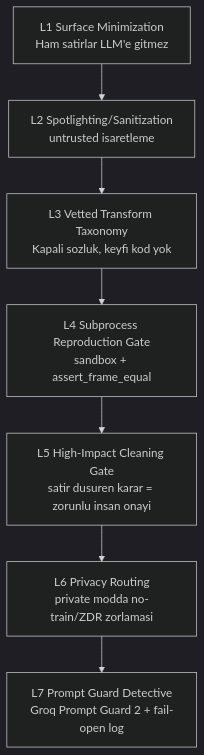
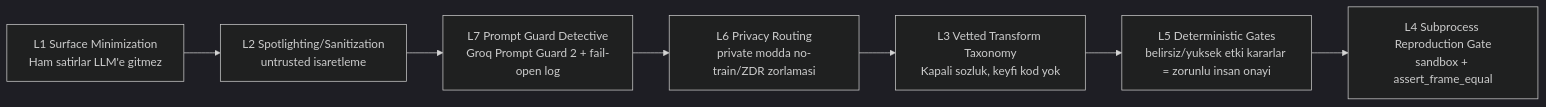
The diagram in ARCHITECTURE.md (utkumtin/YZTA-Bootcamp-Team-49), drawn with Mermaid (dark theme) before and after one commit. The commit also changed other lines of this file and 11 other files, not shown here.

````diff
--- a/ARCHITECTURE.md
+++ b/ARCHITECTURE.md
@@ -38,9 +41,9 @@
 ```mermaid
-flowchart TD
+flowchart LR
     L1[L1 Surface Minimization<br/>Ham satirlar LLM'e gitmez] --> L2[L2 Spotlighting/Sanitization<br/>untrusted isaretleme]
-    L2 --> L3[L3 Vetted Transform Taxonomy<br/>Kapali sozluk, keyfi kod yok]
-    L3 --> L4[L4 Subprocess Reproduction Gate<br/>sandbox + assert_frame_equal]
-    L4 --> L5[L5 High-Impact Cleaning Gate<br/>satir dusuren karar = zorunlu insan onayi]
-    L5 --> L6[L6 Privacy Routing<br/>private modda no-train/ZDR zorlamasi]
-    L6 --> L7[L7 Prompt Guard Detective<br/>Groq Prompt Guard 2 + fail-open log]
+    L2 --> L7[L7 Prompt Guard Detective<br/>Groq Prompt Guard 2 + fail-open log]
+    L7 --> L6[L6 Privacy Routing<br/>private modda no-train/ZDR zorlamasi]
+    L6 --> L3[L3 Vetted Transform Taxonomy<br/>Kapali sozluk, keyfi kod yok]
+    L3 --> L5[L5 Deterministic Gates<br/>belirsiz/yuksek etki kararlar = zorunlu insan onayi]
+    L5 --> L4[L4 Subprocess Reproduction Gate<br/>sandbox + assert_frame_equal]
 ```
````
